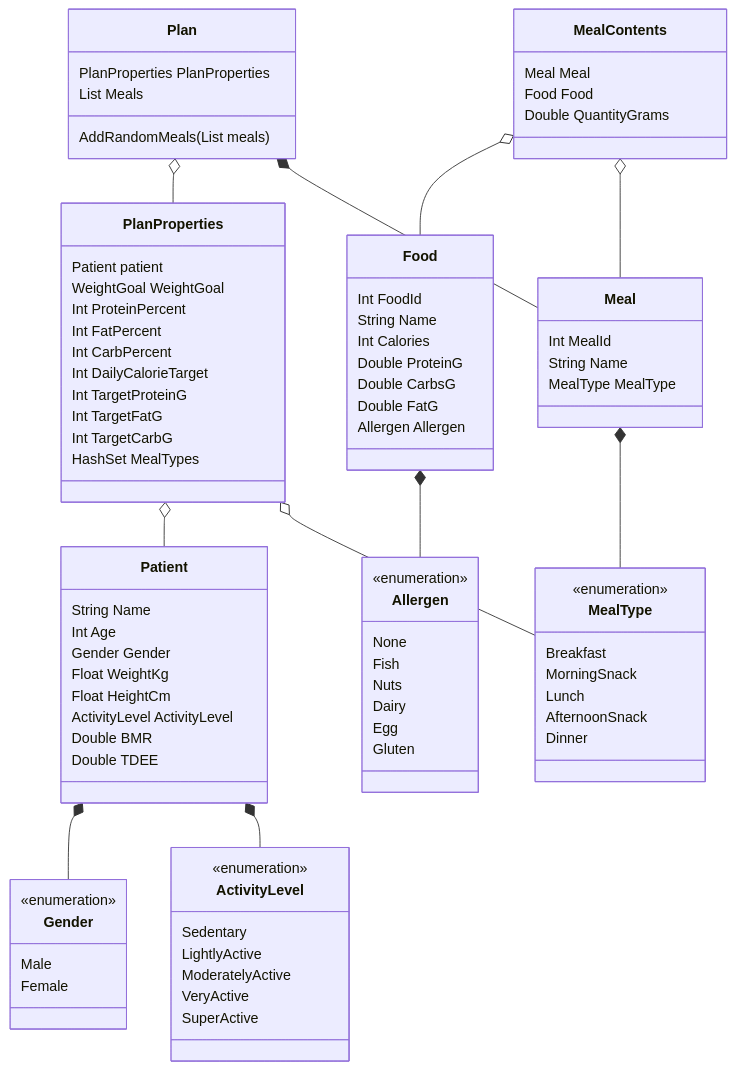
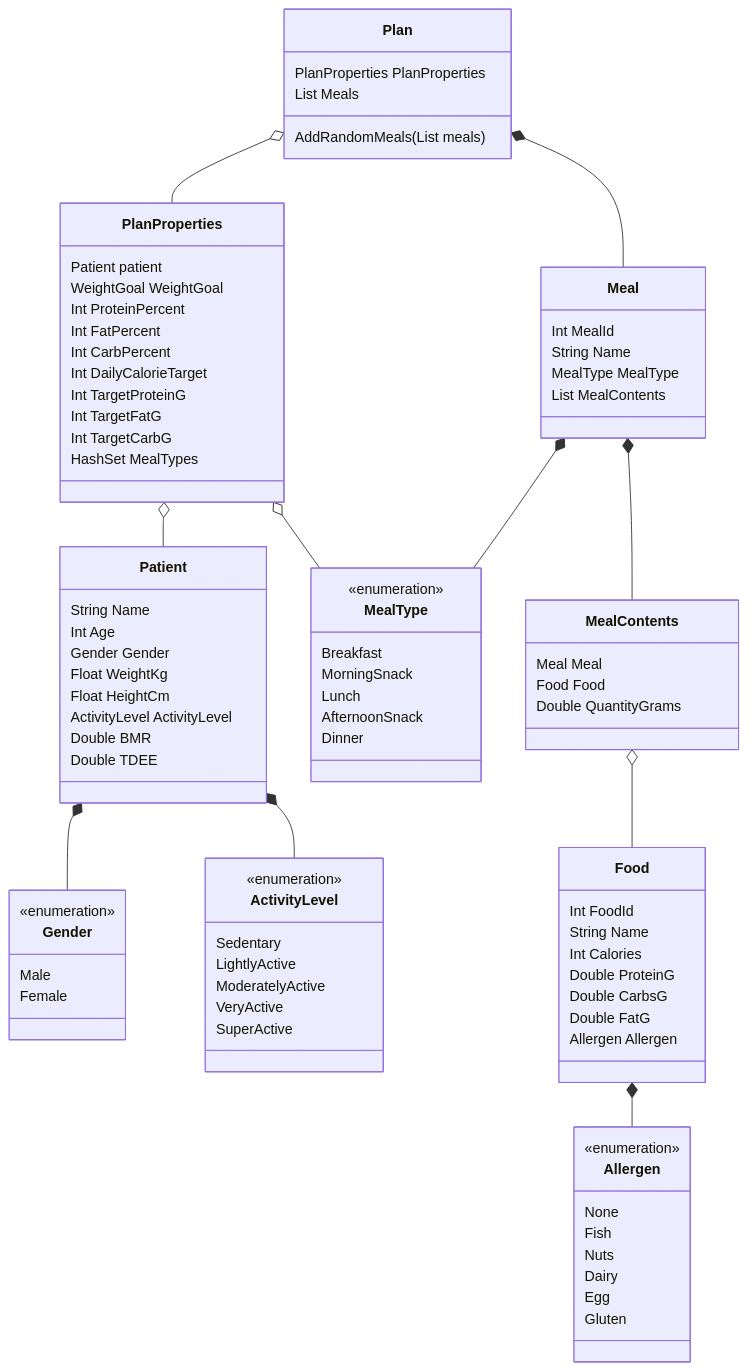
Before and after one commit to soulgeo/diet-planner: the diagram in docs/design/uml_class.md, drawn with Mermaid.

Commit message:
Class Diagram Spacing Fix

````diff
--- a/docs/design/uml_class.md
+++ b/docs/design/uml_class.md
@@ -1,49 +1,11 @@
 ```mermaid
 classDiagram
-    class Patient {
-        String Name
-        Int Age
-        Gender Gender
-        Float WeightKg
-        Float HeightCm
-        ActivityLevel ActivityLevel
-        Double BMR
-        Double TDEE
+    class Plan {
+        PlanProperties PlanProperties
+        List Meals
+        AddRandomMeals(List meals)
     }
-    class Gender{
-        <<enumeration>>
-        Male
-        Female
-    }
-    class ActivityLevel{
-        <<enumeration>>
-        Sedentary
-        LightlyActive
-        ModeratelyActive
-        VeryActive
-        SuperActive
-    }
-    Patient *-- Gender
-    Patient *-- ActivityLevel
-    class Food {
-        Int FoodId
-        String Name
-        Int Calories
-        Double ProteinG
-        Double CarbsG
-        Double FatG
-        Allergen Allergen
-    }
-    class Allergen {
-        <<enumeration>>
-        None
-        Fish
-        Nuts
-        Dairy
-        Egg
-        Gluten
-    }
-    Food *-- Allergen
+
     class PlanProperties {
         Patient patient
         WeightGoal WeightGoal
@@ -56,16 +18,47 @@
         Int TargetCarbG
         HashSet MealTypes
     }
-    class Plan {
-        PlanProperties PlanProperties
-        List Meals
-        AddRandomMeals(List meals)
+    
+    Plan o-- PlanProperties
+    Plan *-- Meal
+    
+    class Patient {
+        String Name
+        Int Age
+        Gender Gender
+        Float WeightKg
+        Float HeightCm
+        ActivityLevel ActivityLevel
+        Double BMR
+        Double TDEE
     }
+
+    class Gender{
+        <<enumeration>>
+        Male
+        Female
+    }
+
+    class ActivityLevel{
+        <<enumeration>>
+        Sedentary
+        LightlyActive
+        ModeratelyActive
+        VeryActive
+        SuperActive
+    }
+    
+    PlanProperties o-- Patient
+    Patient *-- Gender
+    Patient *-- ActivityLevel
+
     class Meal {
         Int MealId
         String Name
         MealType MealType
+        List MealContents
     }
+
     class MealType {
         <<enumeration>>
         Breakfast
@@ -74,17 +67,37 @@
         AfternoonSnack
         Dinner
     }
+    
+    Meal *-- MealType
+    PlanProperties o-- MealType
+
     class MealContents {
         Meal Meal
         Food Food
         Double QuantityGrams
     }
-    PlanProperties o-- Patient
-    PlanProperties o-- MealType
-    Plan o-- PlanProperties
-    Plan *-- Meal
-    Meal *-- MealType
+
+    class Food {
+        Int FoodId
+        String Name
+        Int Calories
+        Double ProteinG
+        Double CarbsG
+        Double FatG
+        Allergen Allergen
+    }
+
+    class Allergen {
+        <<enumeration>>
+        None
+        Fish
+        Nuts
+        Dairy
+        Egg
+        Gluten
+    }
+
+    Meal *-- MealContents
     MealContents o-- Food
-    MealContents o-- Meal
-
+    Food *-- Allergen
 ```
````
